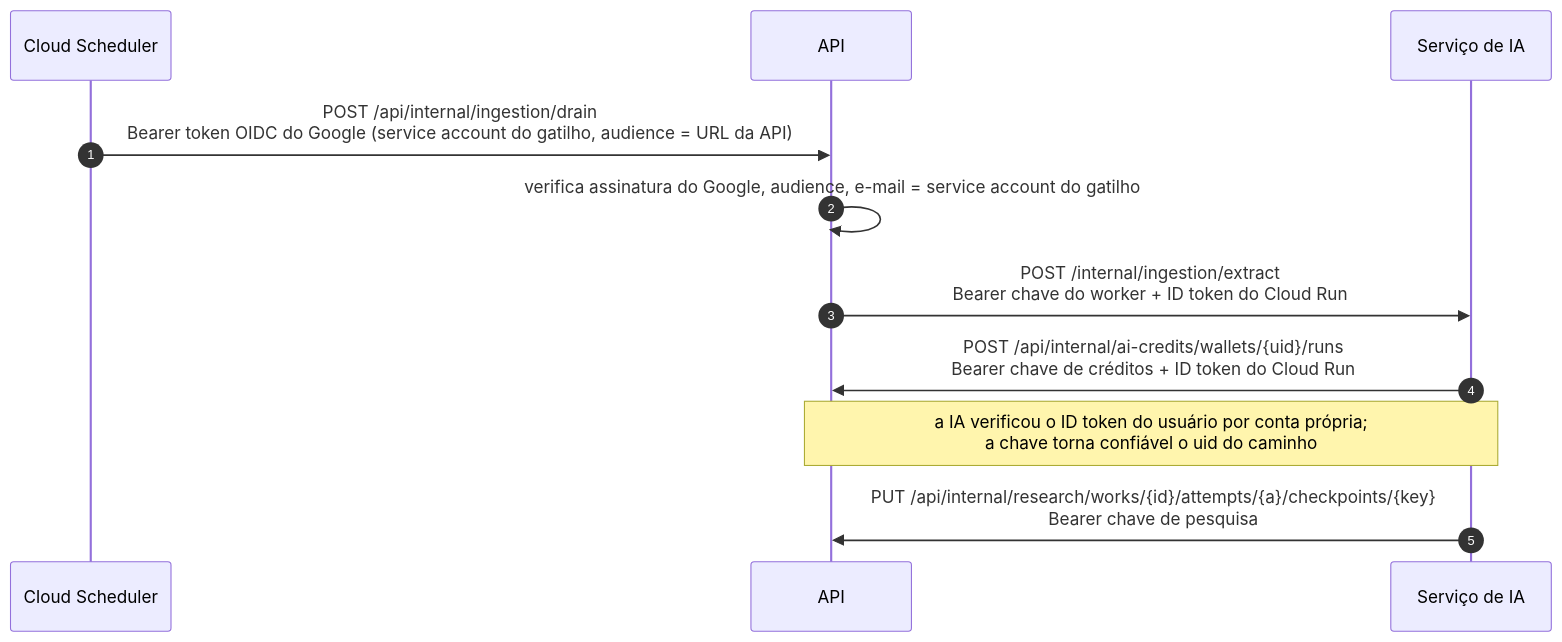
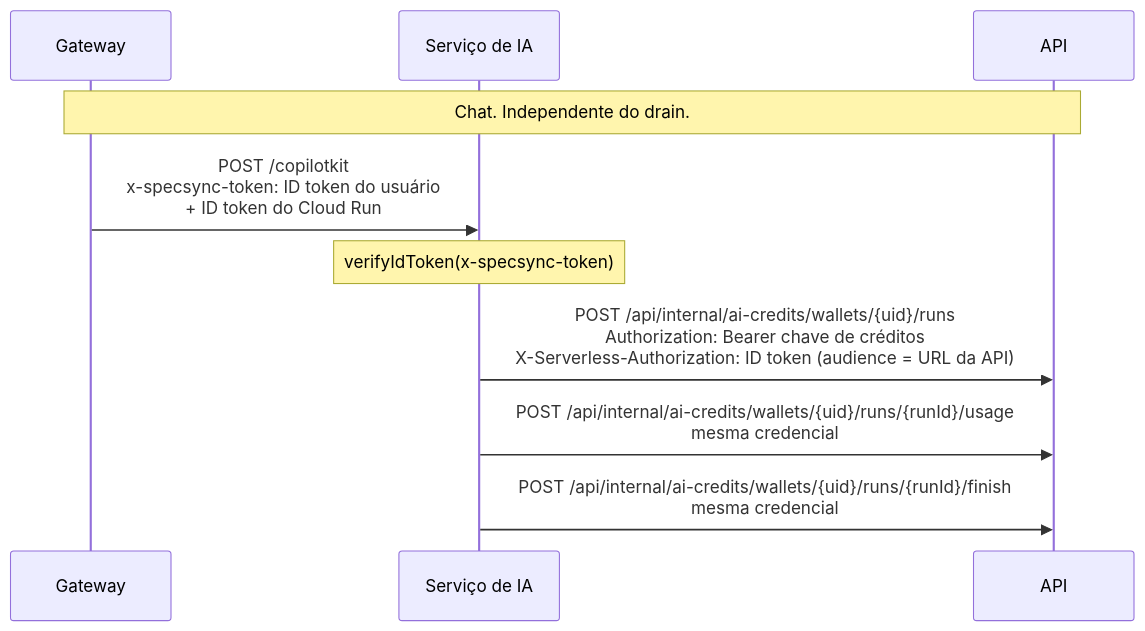
Before and after one commit to IamP5/spec-sync: the fourth of 6 diagrams in docs/architecture/solution-architecture.md, drawn with Mermaid. The commit also changed other lines of this file, not shown here.

First line of the commit message:
docs(architecture): split service calls into three sequence diagrams

````diff
--- a/docs/architecture/solution-architecture.md
+++ b/docs/architecture/solution-architecture.md
@@ -152,14 +183,13 @@
 ```mermaid
 sequenceDiagram
-  autonumber
-  participant S as Cloud Scheduler
+  participant G as Gateway
+  participant AI as Serviço de IA
   participant A as API
-  participant AI as Serviço de IA
 
-  S->>A: POST /api/internal/ingestion/drain<br/>Bearer token OIDC do Google (service account do gatilho, audience = URL da API)
-  A->>A: verifica assinatura do Google, audience, e-mail = service account do gatilho
-  A->>AI: POST /internal/ingestion/extract<br/>Bearer chave do worker + ID token do Cloud Run
-  AI->>A: POST /api/internal/ai-credits/wallets/{uid}/runs<br/>Bearer chave de créditos + ID token do Cloud Run
-  Note over AI,A: a IA verificou o ID token do usuário por conta própria#59;<br/>a chave torna confiável o uid do caminho
-  AI->>A: PUT /api/internal/research/works/{id}/attempts/{a}/checkpoints/{key}<br/>Bearer chave de pesquisa
+  Note over G,A: Chat. Independente do drain.
+  G->>AI: POST /copilotkit<br/>x-specsync-token: ID token do usuário<br/>+ ID token do Cloud Run
+  Note over AI: verifyIdToken(x-specsync-token)
+  AI->>A: POST /api/internal/ai-credits/wallets/{uid}/runs<br/>Authorization: Bearer chave de créditos<br/>X-Serverless-Authorization: ID token (audience = URL da API)
+  AI->>A: POST /api/internal/ai-credits/wallets/{uid}/runs/{runId}/usage<br/>mesma credencial
+  AI->>A: POST /api/internal/ai-credits/wallets/{uid}/runs/{runId}/finish<br/>mesma credencial
 ```
````
